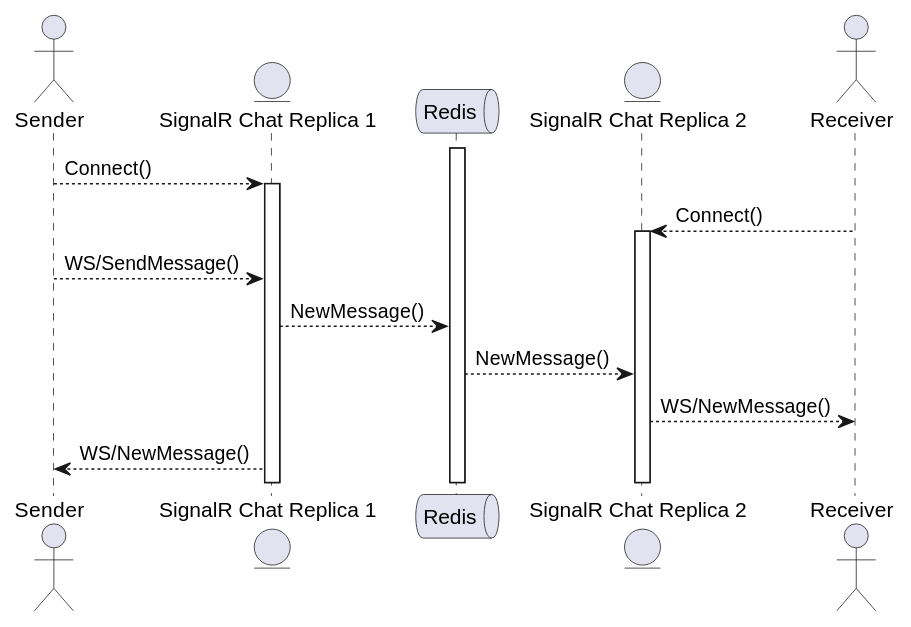
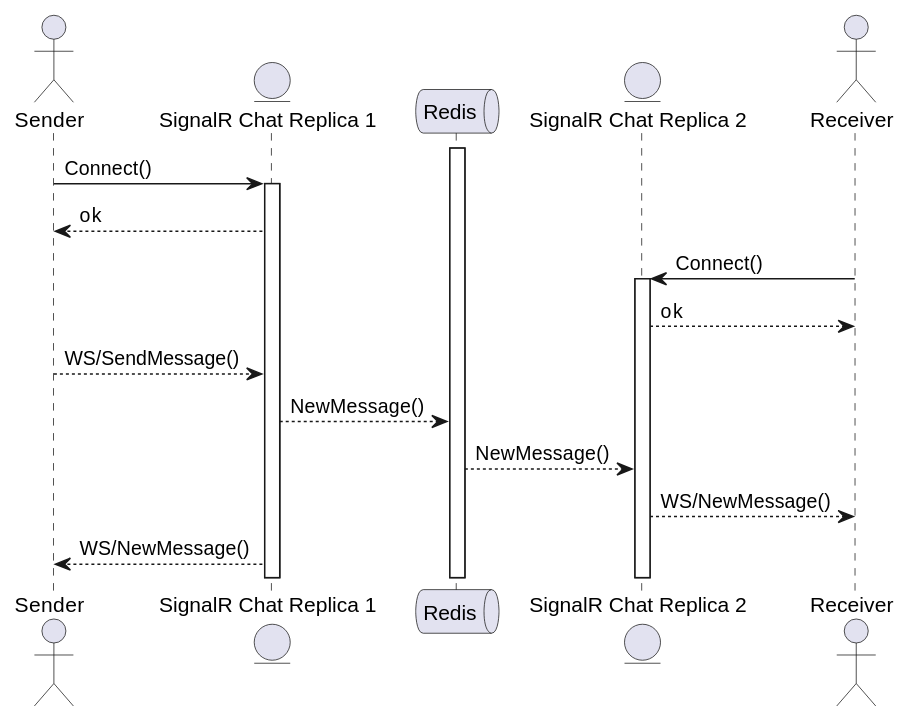
One commit to ldeluigi/microchat changed the fourth of 4 diagrams in docs/architecture/sequence-diagrams.md. Above: the diagram before and after it, drawn with PlantUML.

Commit message:
Update multireplica seq diagram

````diff
--- a/docs/architecture/sequence-diagrams.md
+++ b/docs/architecture/sequence-diagrams.md
@@ -143,19 +143,21 @@
 ```plantuml
 @startuml SendMessageMultipleReplicas
 actor Sender
 entity "SignalR Chat Replica 1" as Chat
 queue Redis
 entity "SignalR Chat Replica 2" as Chat2
 actor Receiver
 activate Redis
-Sender --> Chat : Connect()
+Sender -> Chat : Connect()
 activate Chat
-Receiver --> Chat2 : Connect()
+Chat --> Sender : ok
+Receiver -> Chat2 : Connect()
 activate Chat2
+Chat2 --> Receiver : ok
 Sender -->  Chat : WS/SendMessage()
 Chat --> Redis : NewMessage()
 Redis --> Chat2 : NewMessage()
 Chat2 --> Receiver : WS/NewMessage()
 Chat --> Sender : WS/NewMessage()
 @enduml
 ```
````
